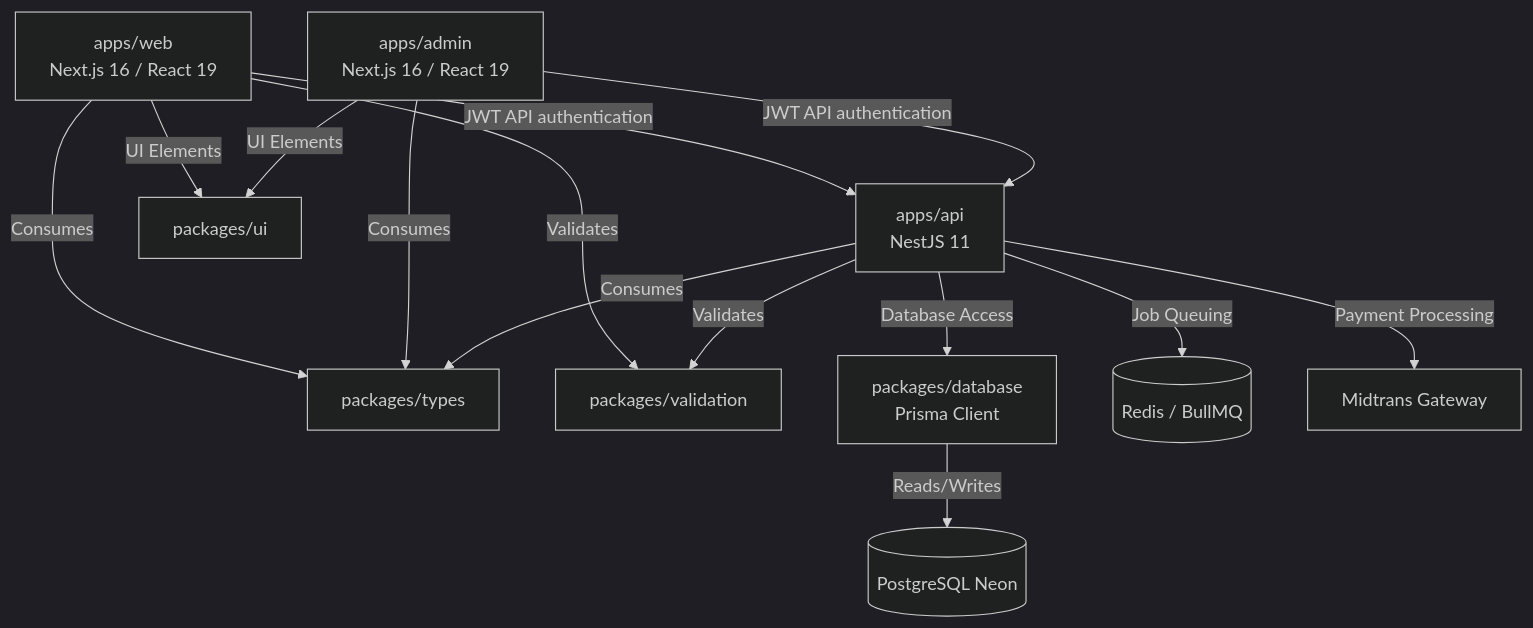
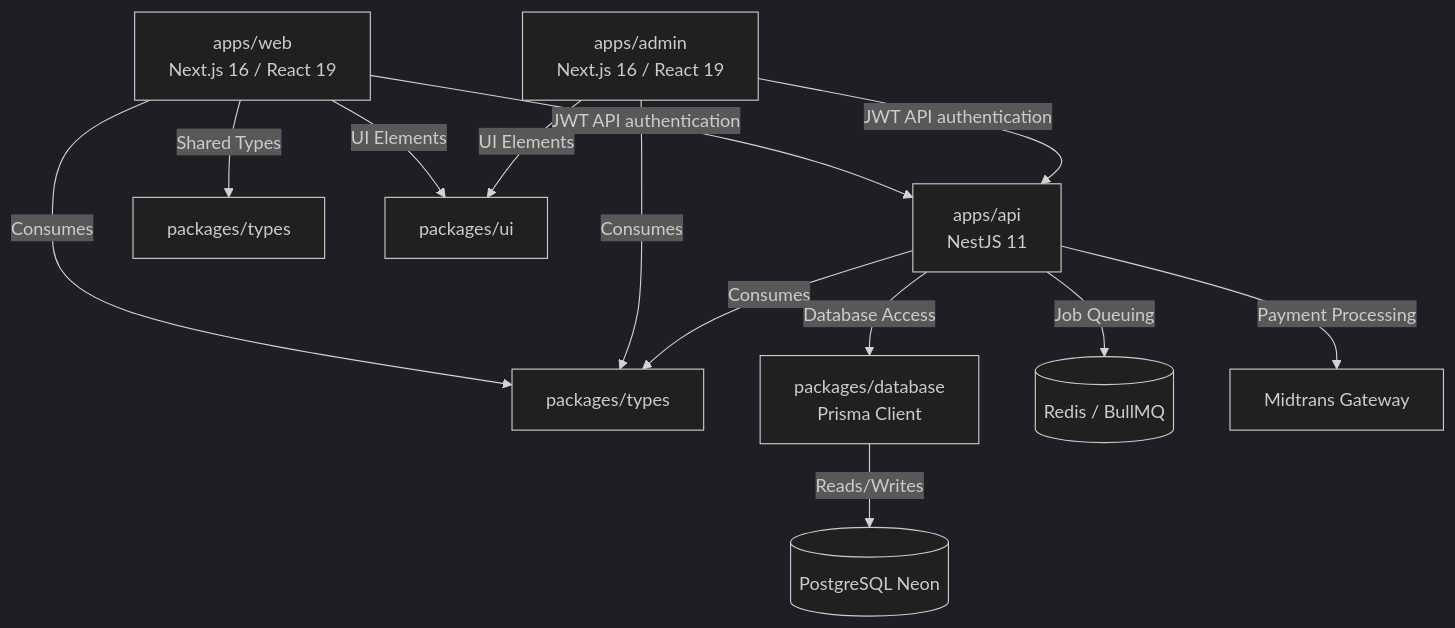
Before and after one commit to MasRizqi07/warkop-yareh: the first of 2 diagrams in README.md, drawn with Mermaid (dark theme). The commit also changed other lines of this file and 119 other files, not shown here.

````diff
--- a/README.md
+++ b/README.md
@@ -54,24 +54,23 @@
 ```mermaid
 graph TD
     %% Frontend Applications
     A[apps/web<br/>Next.js 16 / React 19] -->|Consumes| D[packages/types]
     A -->|JWT API authentication| C
-    A -->|Validates| F[packages/validation]
+    A -->|Shared Types| F[packages/types]
     A -->|UI Elements| G[packages/ui]
 
     B[apps/admin<br/>Next.js 16 / React 19] -->|Consumes| D
     B -->|JWT API authentication| C
     B -->|UI Elements| G
 
     %% Backend Services
     C[apps/api<br/>NestJS 11] -->|Consumes| D
-    C -->|Validates| F
     C -->|Database Access| H[packages/database<br/>Prisma Client]
 
     %% Middleware & Cache
     C -->|Job Queuing| I[(Redis / BullMQ)]
     C -->|Payment Processing| J[Midtrans Gateway]
 
     %% Databases
     H -->|Reads/Writes| K[(PostgreSQL Neon)]
 ```
````
